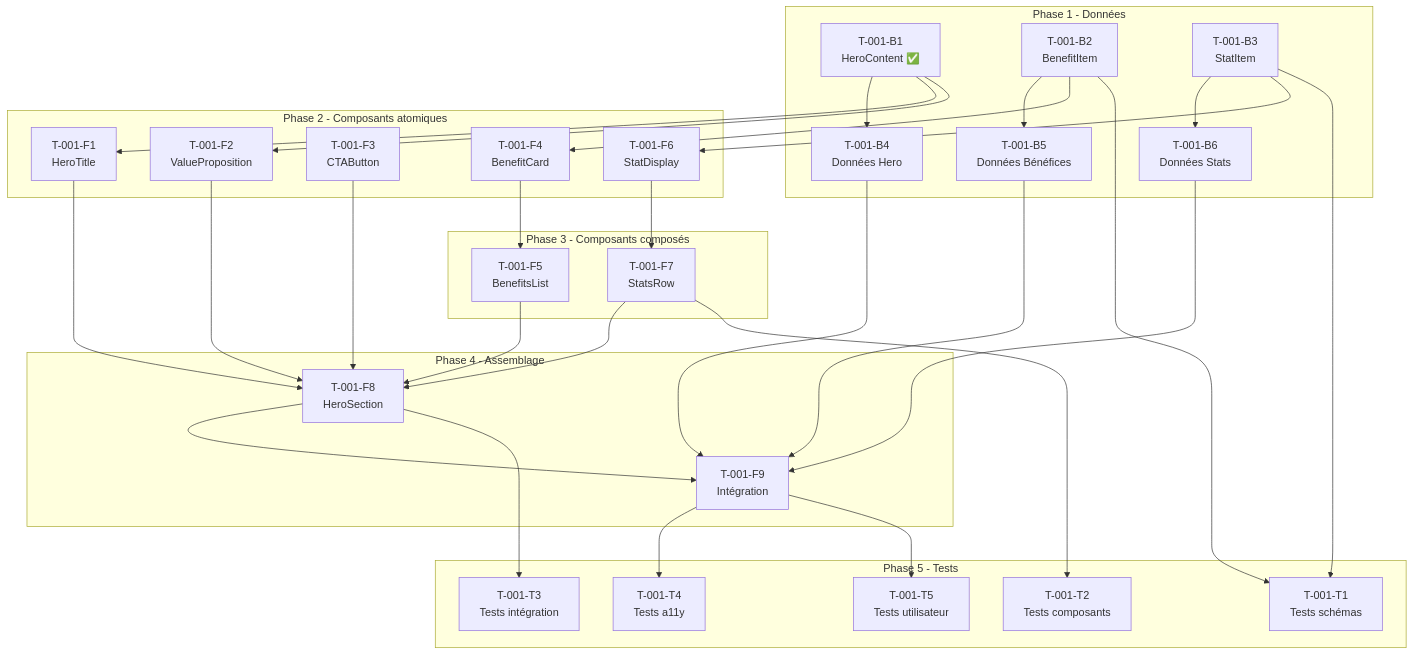
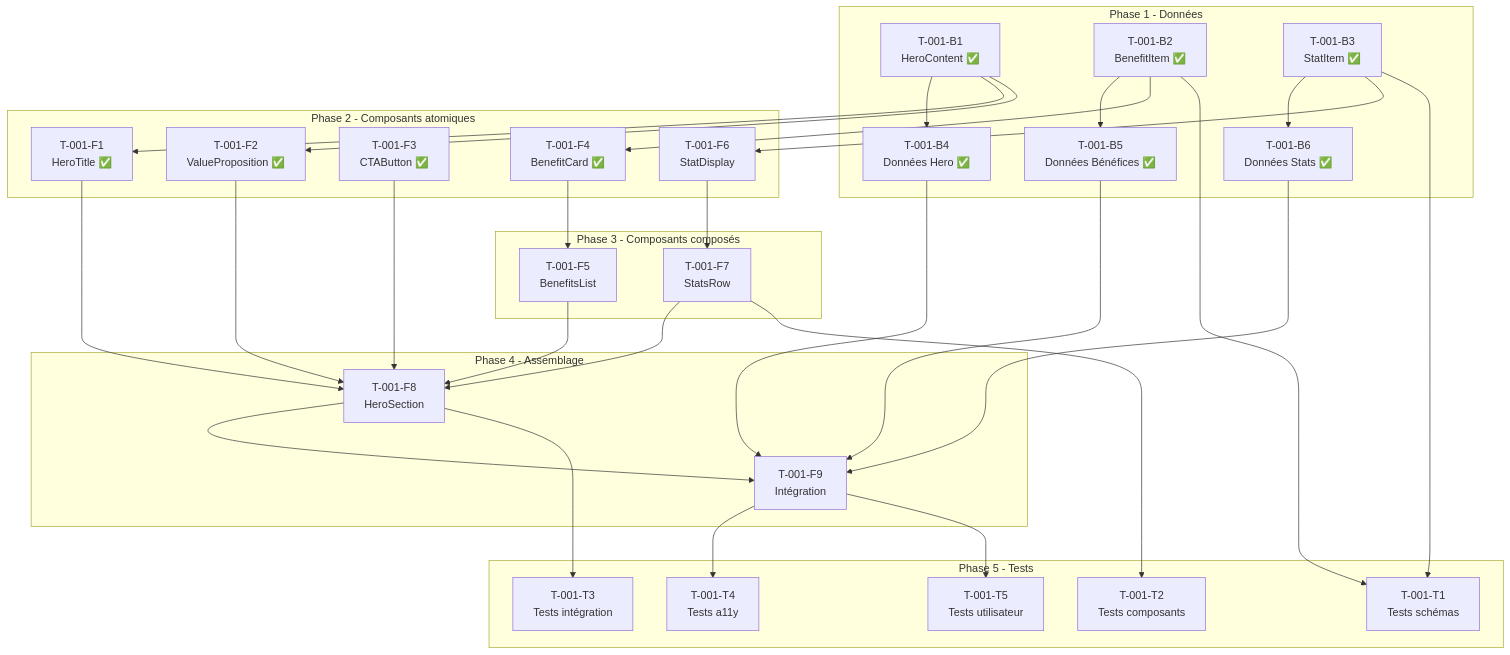
The diagram in docs/specs/US-001/spec.md (everssteeve/AIADwebsite), drawn with Mermaid before and after one commit. The commit also changed other lines of this file and 3 other files, not shown here.

First line of the commit message:
feat(T-001-F4): implement BenefitCard component

````diff
--- a/docs/specs/US-001/spec.md
+++ b/docs/specs/US-001/spec.md
@@ -105,66 +105,66 @@
 ```mermaid
 graph TD
     subgraph "Phase 1 - Données"
         B1[T-001-B1<br/>HeroContent ✅]
-        B2[T-001-B2<br/>BenefitItem]
-        B3[T-001-B3<br/>StatItem]
-        B4[T-001-B4<br/>Données Hero]
-        B5[T-001-B5<br/>Données Bénéfices]
-        B6[T-001-B6<br/>Données Stats]
+        B2[T-001-B2<br/>BenefitItem ✅]
+        B3[T-001-B3<br/>StatItem ✅]
+        B4[T-001-B4<br/>Données Hero ✅]
+        B5[T-001-B5<br/>Données Bénéfices ✅]
+        B6[T-001-B6<br/>Données Stats ✅]
     end
 
     subgraph "Phase 2 - Composants atomiques"
-        F1[T-001-F1<br/>HeroTitle]
-        F2[T-001-F2<br/>ValueProposition]
-        F3[T-001-F3<br/>CTAButton]
-        F4[T-001-F4<br/>BenefitCard]
+        F1[T-001-F1<br/>HeroTitle ✅]
+        F2[T-001-F2<br/>ValueProposition ✅]
+        F3[T-001-F3<br/>CTAButton ✅]
+        F4[T-001-F4<br/>BenefitCard ✅]
         F6[T-001-F6<br/>StatDisplay]
     end
 
     subgraph "Phase 3 - Composants composés"
         F5[T-001-F5<br/>BenefitsList]
         F7[T-001-F7<br/>StatsRow]
     end
 
     subgraph "Phase 4 - Assemblage"
         F8[T-001-F8<br/>HeroSection]
         F9[T-001-F9<br/>Intégration]
     end
 
     subgraph "Phase 5 - Tests"
         T1[T-001-T1<br/>Tests schémas]
         T2[T-001-T2<br/>Tests composants]
         T3[T-001-T3<br/>Tests intégration]
         T4[T-001-T4<br/>Tests a11y]
         T5[T-001-T5<br/>Tests utilisateur]
     end
 
     B1 --> B4
     B1 --> F1
     B1 --> F2
     B2 --> B5
     B2 --> F4
     B3 --> B6
     B3 --> F6
 
     F4 --> F5
     F6 --> F7
 
     F1 --> F8
     F2 --> F8
     F3 --> F8
     F5 --> F8
     F7 --> F8
 
     F8 --> F9
     B4 --> F9
     B5 --> F9
     B6 --> F9
 
     B2 --> T1
     B3 --> T1
     F7 --> T2
     F8 --> T3
     F9 --> T4
     F9 --> T5
 ```
````
